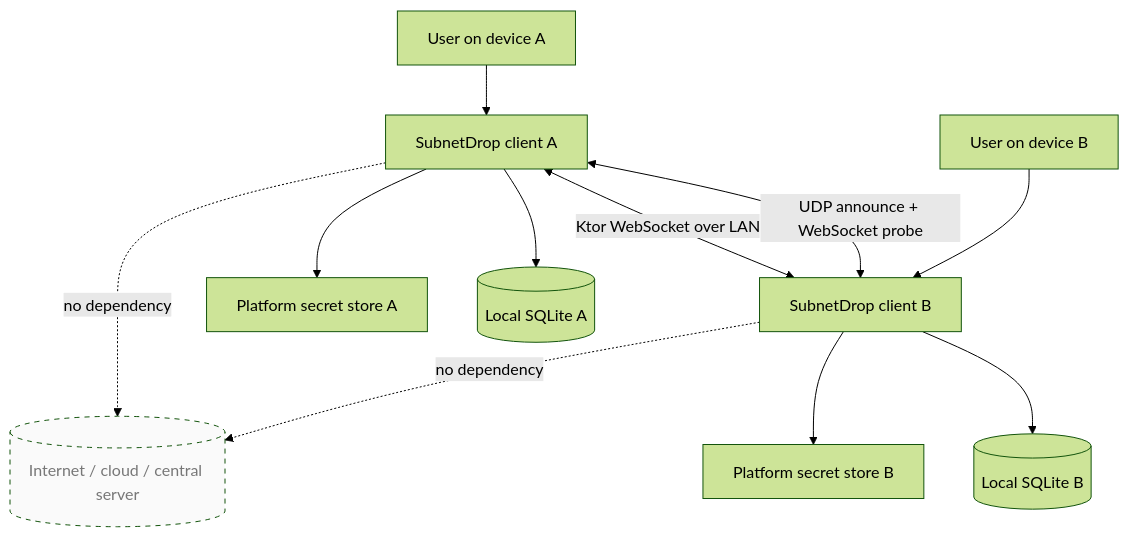
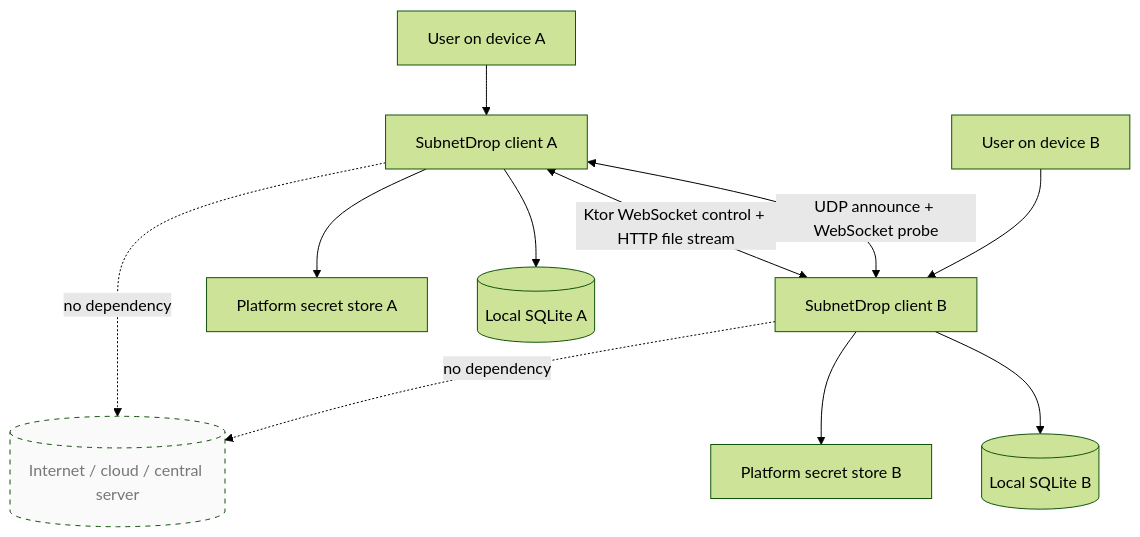
Before and after one commit to x2ink/subnetdrop: the first of 3 diagrams in docs/ARCHITECTURE.md, drawn with Mermaid (forest theme). The commit also changed other lines of this file and 18 other files, not shown here.

````diff
--- a/docs/ARCHITECTURE.md
+++ b/docs/ARCHITECTURE.md
@@ -60,15 +66,15 @@
 ```mermaid
 flowchart TB
     UserA[User on device A] --> ClientA[SubnetDrop client A]
     UserB[User on device B] --> ClientB[SubnetDrop client B]
     ClientA <-->|UDP announce + WebSocket probe| ClientB
-    ClientA <-->|Ktor WebSocket over LAN| ClientB
+    ClientA <-->|Ktor WebSocket control + HTTP file stream| ClientB
     ClientA --> DbA[(Local SQLite A)]
     ClientB --> DbB[(Local SQLite B)]
     ClientA --> KeysA[Platform secret store A]
     ClientB --> KeysB[Platform secret store B]
     Cloud[(Internet / cloud / central server)]:::excluded
     ClientA -. no dependency .-> Cloud
     ClientB -. no dependency .-> Cloud
     classDef excluded stroke-dasharray: 5 5,fill:#fafafa,color:#777
 ```
````
